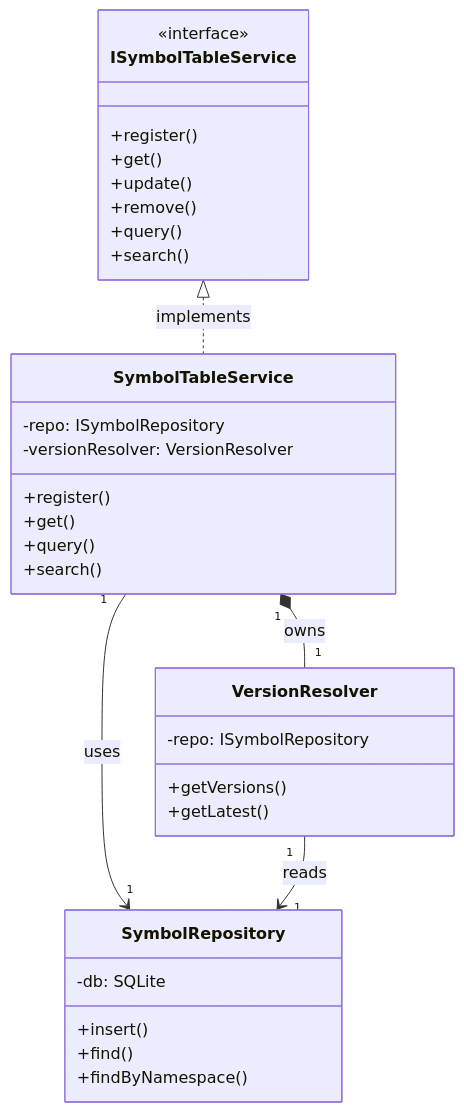
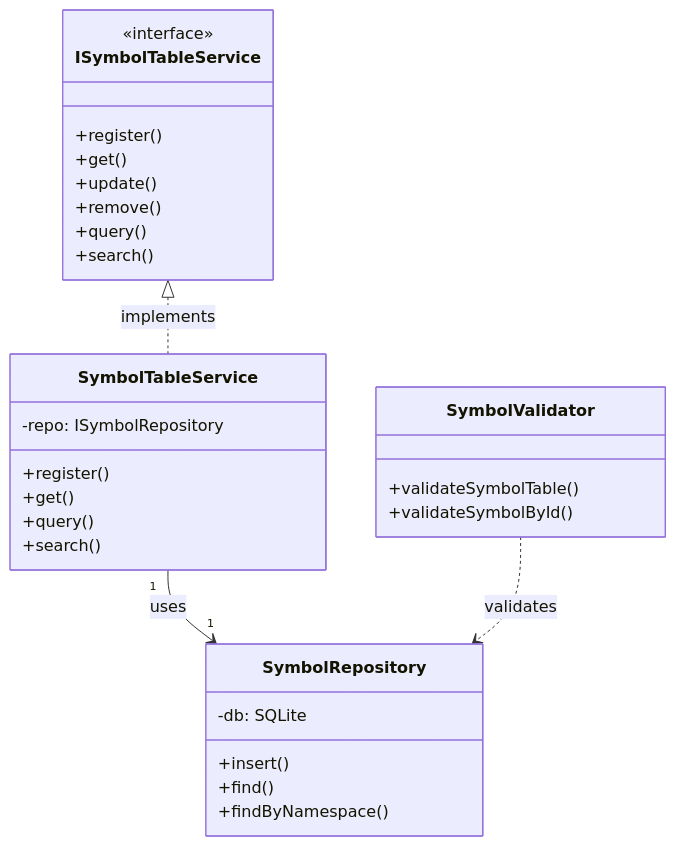
The eighth of 10 diagrams in docs/c4/AUTHORING.md (louipr/cyrus-code), drawn with Mermaid before and after one commit. The commit also changed other lines of this file and 14 other files, not shown here.

First line of the commit message:
docs: comprehensive C4 documentation review and MermaidParser implementation

````diff
--- a/docs/c4/AUTHORING.md
+++ b/docs/c4/AUTHORING.md
@@ -185,41 +184,38 @@
 ```mermaid
 classDiagram
     direction TB
 
     class ISymbolTableService {
         <<interface>>
         +register()
         +get()
         +update()
         +remove()
         +query()
         +search()
     }
 
     class SymbolTableService {
         -repo: ISymbolRepository
-        -versionResolver: VersionResolver
         +register()
         +get()
         +query()
         +search()
     }
 
-    class VersionResolver {
-        -repo: ISymbolRepository
-        +getVersions()
-        +getLatest()
+    class SymbolValidator {
+        +validateSymbolTable()
+        +validateSymbolById()
     }
 
     class SymbolRepository {
         -db: SQLite
         +insert()
         +find()
         +findByNamespace()
     }
 
     ISymbolTableService <|.. SymbolTableService : implements
-    SymbolTableService "1" *-- "1" VersionResolver : owns
     SymbolTableService "1" --> "1" SymbolRepository : uses
-    VersionResolver "1" --> "1" SymbolRepository : reads
+    SymbolValidator ..> SymbolRepository : validates
 ```
````
